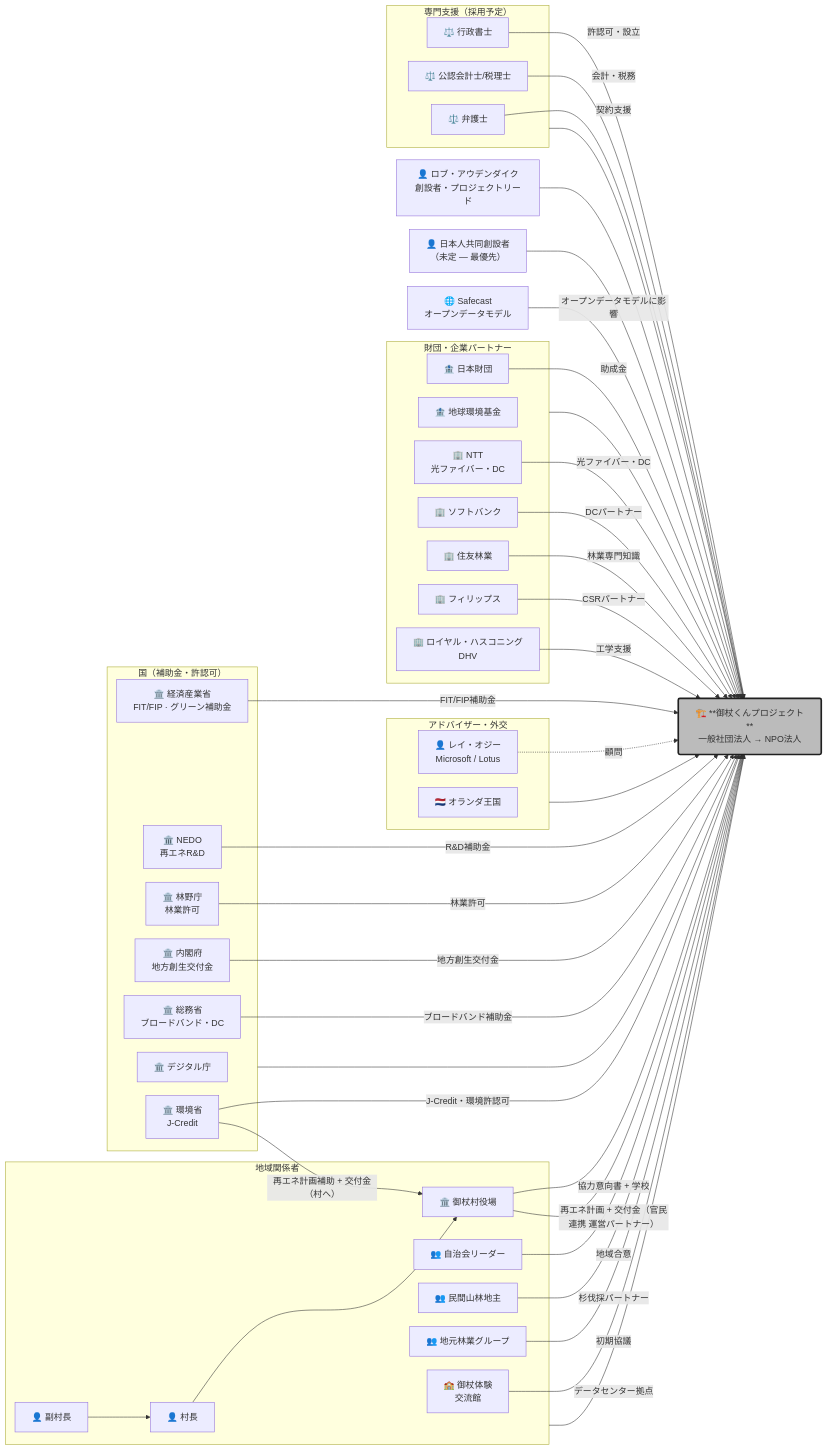
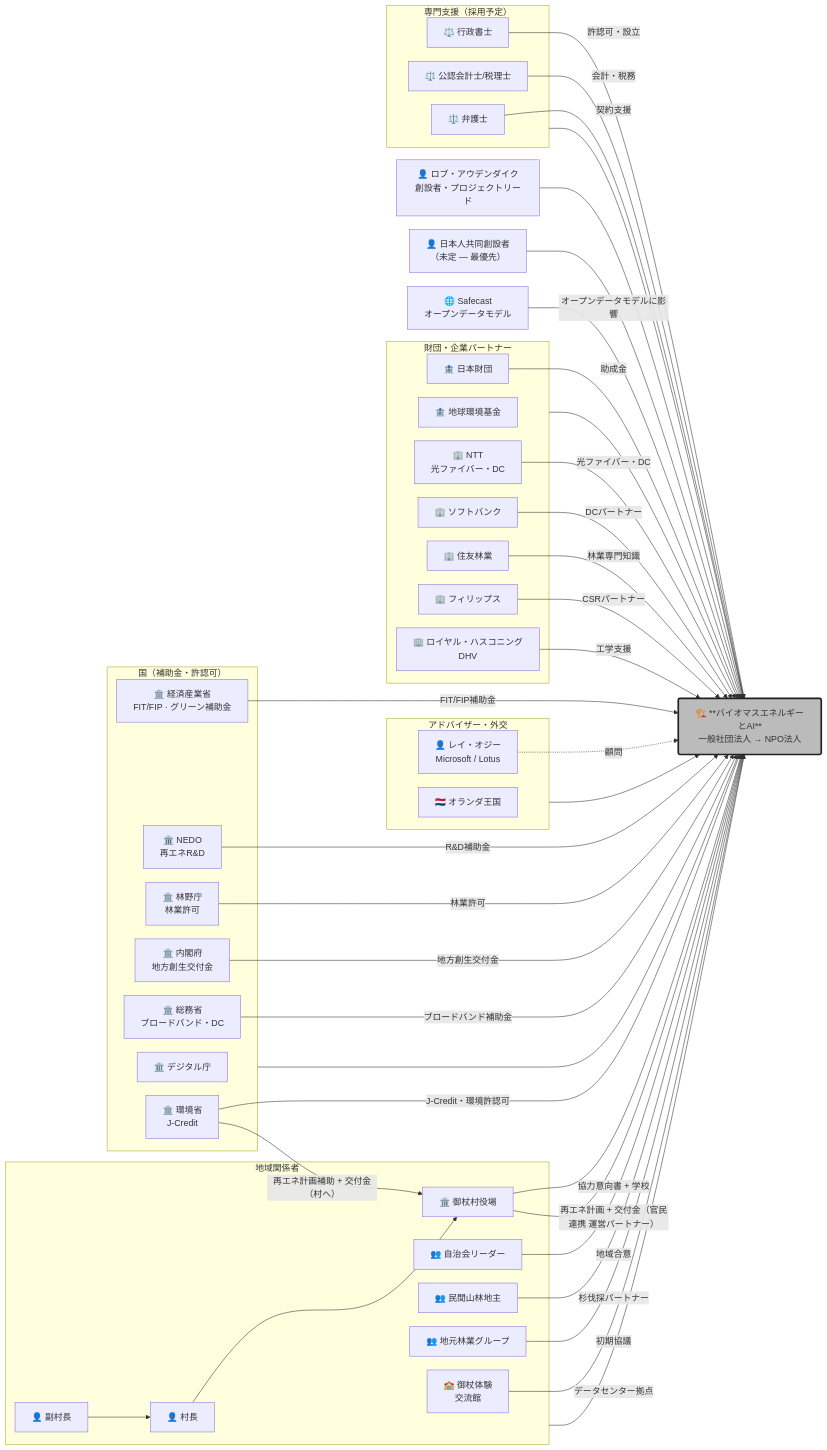
One commit to robouden/mitsue-ai-data-center changed the diagram in mitsue_stakeholders_jp.md. Above: the diagram before and after it, drawn with Mermaid. The commit also changed other lines of this file and 95 other files, not shown here.

```diff
--- a/mitsue_stakeholders_jp.md
+++ b/mitsue_stakeholders_jp.md
@@ -235,7 +236,7 @@
     BENGOSHI -->|"契約支援"| PROJ
 
     %% ==================== MAIN PROJECT - RIGHT CENTER ====================
-    PROJ["🏗️ **御杖くんプロジェクト**\n一般社団法人 → NPO法人"]
+    PROJ["🏗️ **バイオマスエネルギーとAI**\n一般社団法人 → NPO法人"]
 
   classDef main fill:#bbbbbb, stroke:#202020, stroke-width:3px, rx:3, ry3
     class PROJ main
```
